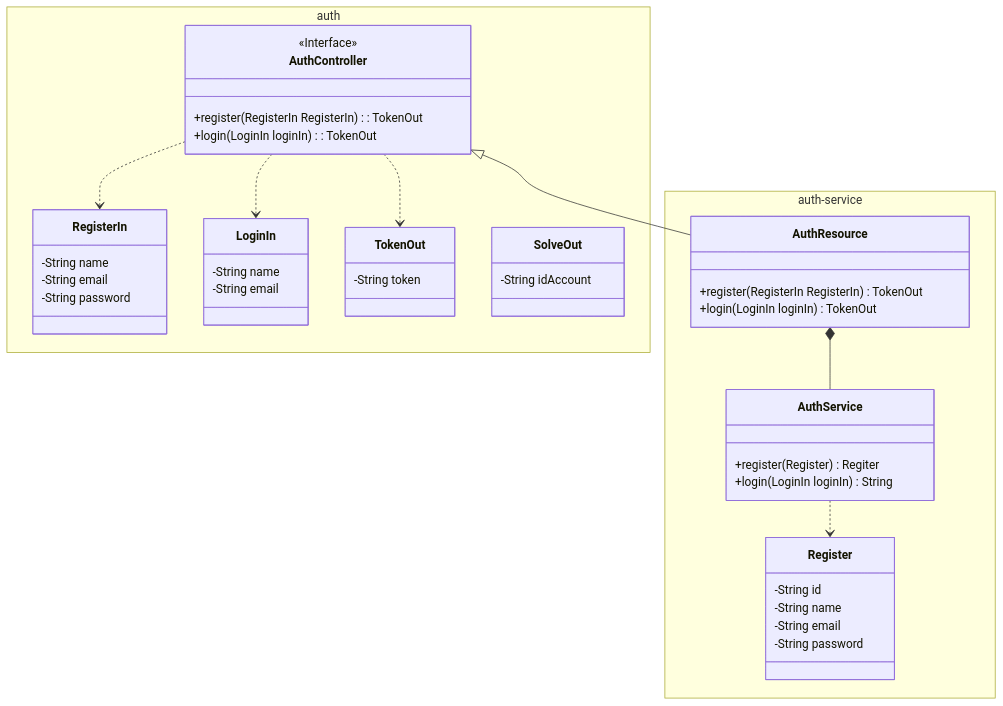
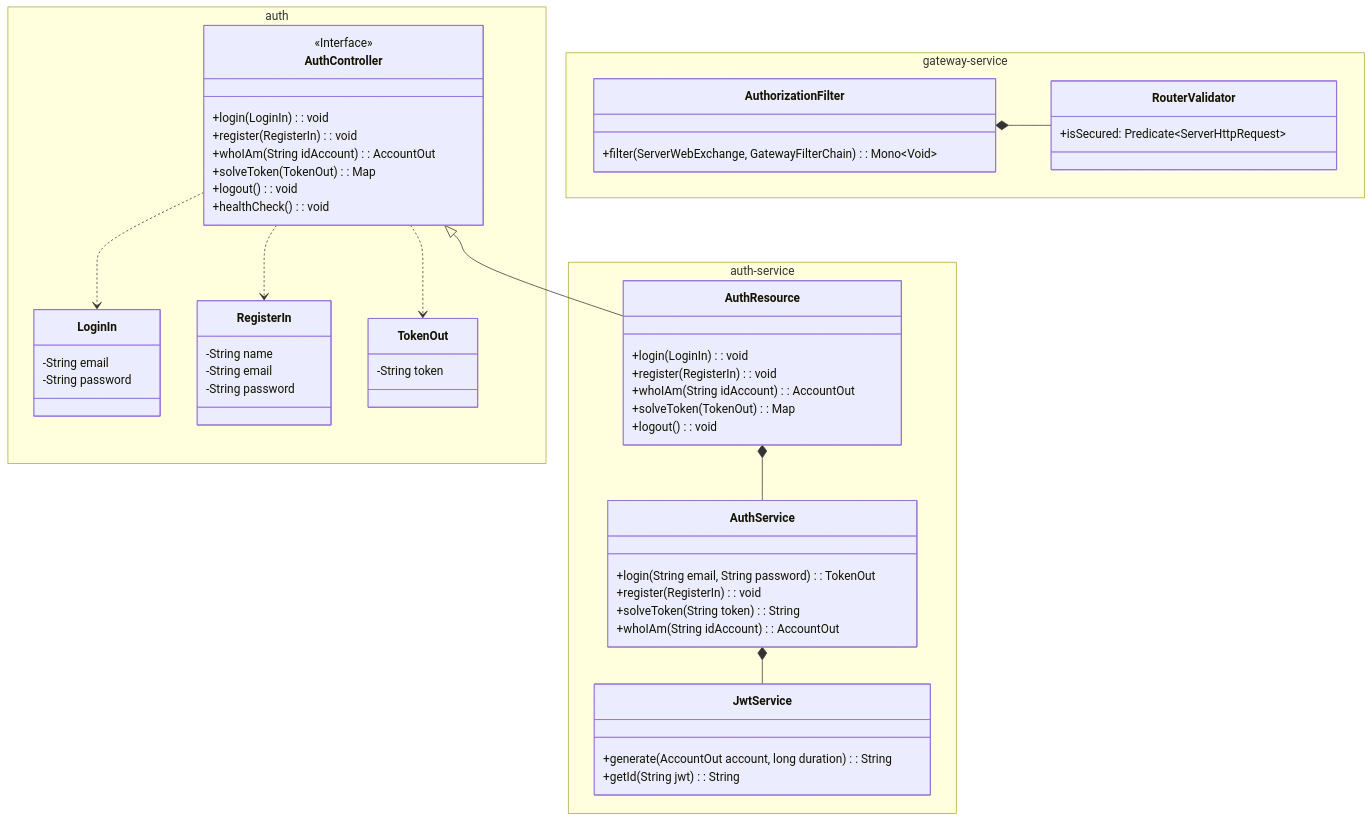
One commit to Insper/platform changed the second of 2 diagrams in docs/hands-on/3/index.md. Above: the diagram before and after it, drawn with Mermaid. The commit also changed other lines of this file and 2 other files, not shown here.

````diff
--- a/docs/hands-on/3/index.md
+++ b/docs/hands-on/3/index.md
@@ -28,48 +36,61 @@
 ``` mermaid
 classDiagram
     namespace auth {
         class AuthController {
-            +register(RegisterIn RegisterIn): TokenOut
-            +login(LoginIn loginIn): TokenOut
+            +login(LoginIn): void
+            +register(RegisterIn): void
+            +whoIAm(String idAccount): AccountOut
+            +solveToken(TokenOut): Map
+            +logout(): void
+            +healthCheck(): void
+        }
+        class LoginIn {
+            -String email
+            -String password
         }
         class RegisterIn {
             -String name
             -String email
             -String password
         }
-        class LoginIn {
-            -String name
-            -String email
-        }
         class TokenOut {
             -String token
-        }
-        class SolveOut {
-            -String idAccount
         }
     }
     namespace auth-service {
         class AuthResource {
-            +register(RegisterIn RegisterIn) TokenOut
-            +login(LoginIn loginIn) TokenOut
+            +login(LoginIn): void
+            +register(RegisterIn): void
+            +whoIAm(String idAccount): AccountOut
+            +solveToken(TokenOut): Map
+            +logout(): void
         }
         class AuthService {
-            +register(Register) Regiter
-            +login(LoginIn loginIn) String
+            +login(String email, String password): TokenOut
+            +register(RegisterIn): void
+            +solveToken(String token): String
+            +whoIAm(String idAccount): AccountOut
         }
-        class Register {
-            -String id
-            -String name
-            -String email
-            -String password
+        class JwtService {
+            +generate(AccountOut account, long duration): String
+            +getId(String jwt): String
+        }
+    }
+    namespace gateway-service {
+        class AuthorizationFilter {
+            +filter(ServerWebExchange, GatewayFilterChain): Mono~Void~
+        }
+        class RouterValidator {
+            +isSecured: Predicate~ServerHttpRequest~
         }
     }
     <<Interface>> AuthController
+    AuthController ..> LoginIn
     AuthController ..> RegisterIn
-    AuthController ..> LoginIn
     AuthController ..> TokenOut
 
     AuthController <|-- AuthResource
     AuthResource *-- AuthService
-    AuthService ..> Register
+    AuthService *-- JwtService
+    AuthorizationFilter *-- RouterValidator
 ```
````
